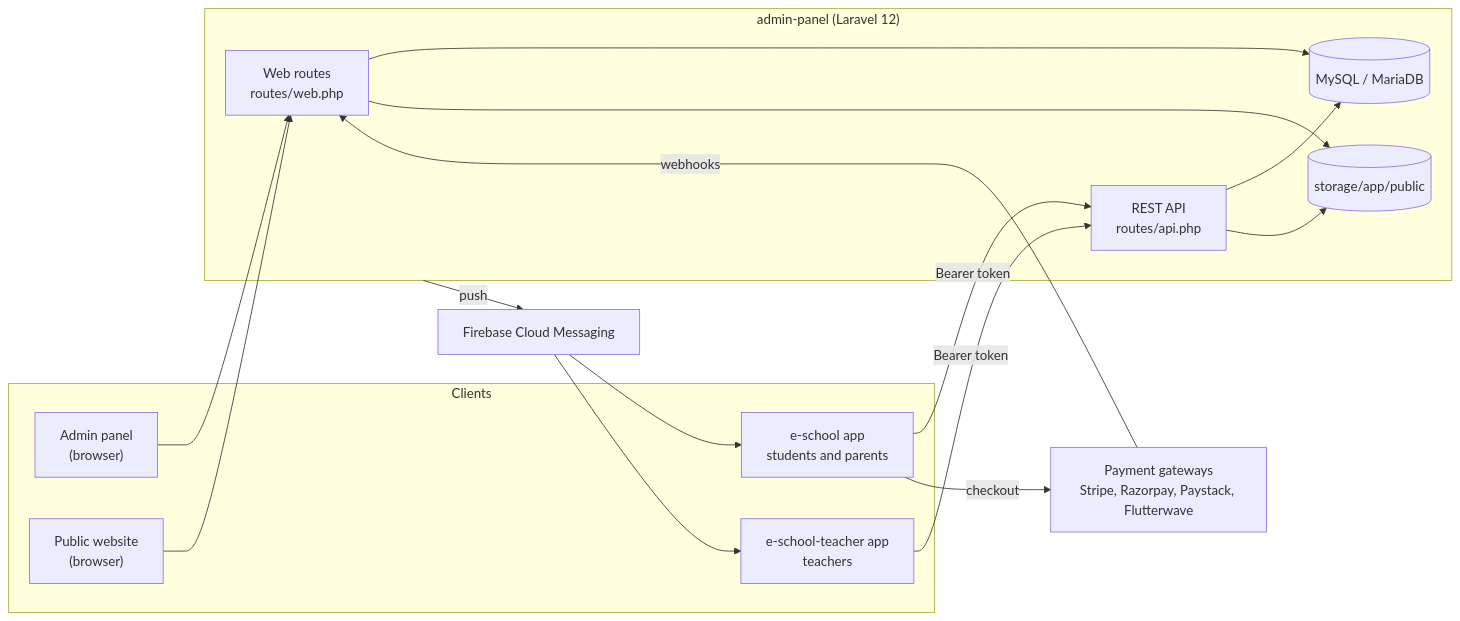
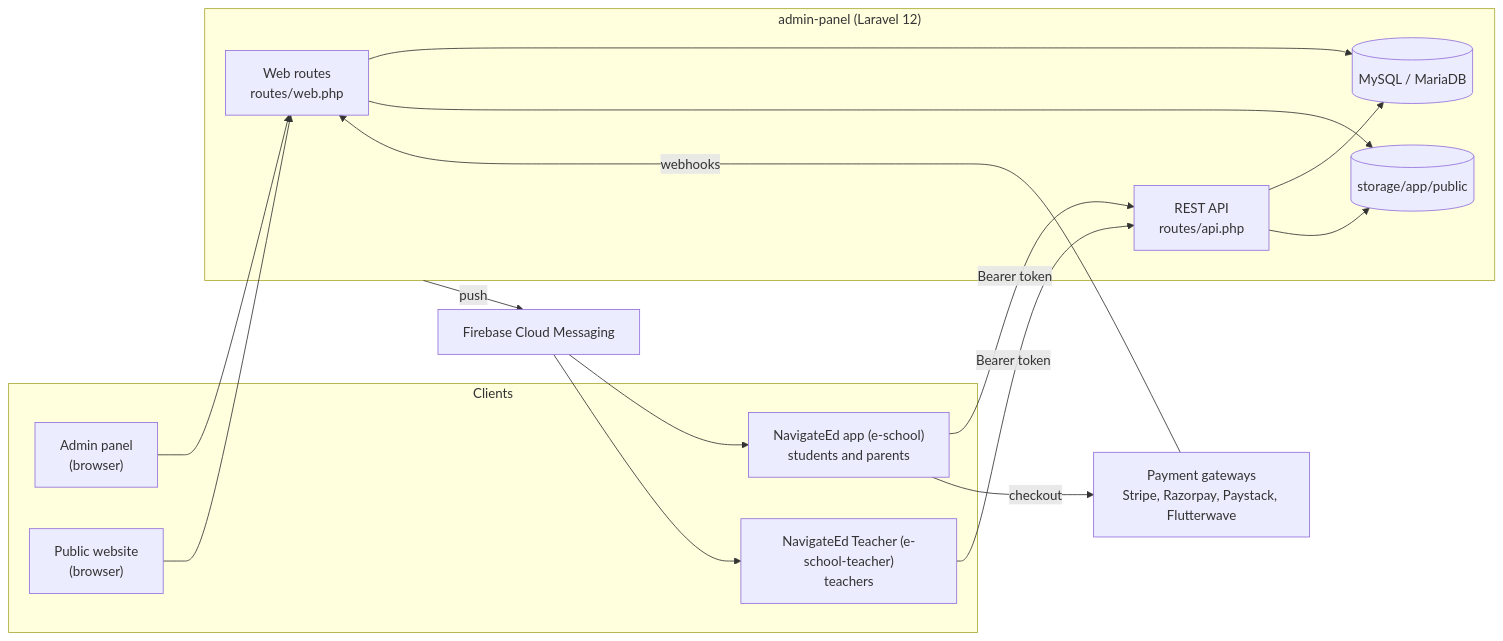
The diagram in wiki/Home.md (ShawnDaPrawn/Eschool), drawn with Mermaid before and after one commit. The commit also changed other lines of this file and 10 other files, not shown here.

````diff
--- a/wiki/Home.md
+++ b/wiki/Home.md
@@ -7,28 +7,28 @@
 ```mermaid
 flowchart LR
     subgraph Clients
         A["Admin panel<br/>(browser)"]
         W["Public website<br/>(browser)"]
-        S["e-school app<br/>students and parents"]
-        T["e-school-teacher app<br/>teachers"]
+        S["NavigateEd app (e-school)<br/>students and parents"]
+        T["NavigateEd Teacher (e-school-teacher)<br/>teachers"]
     end
     subgraph Server["admin-panel (Laravel 12)"]
         WEB["Web routes<br/>routes/web.php"]
         API["REST API<br/>routes/api.php"]
         DB[("MySQL / MariaDB")]
         FS[("storage/app/public")]
     end
     A --> WEB
     W --> WEB
     S -- "Bearer token" --> API
     T -- "Bearer token" --> API
     WEB --> DB
     API --> DB
     WEB --> FS
     API --> FS
     Server -- "push" --> FCM["Firebase Cloud Messaging"]
     FCM --> S
     FCM --> T
     PG["Payment gateways<br/>Stripe, Razorpay, Paystack, Flutterwave"] -- "webhooks" --> WEB
     S -- "checkout" --> PG
 ```
````
